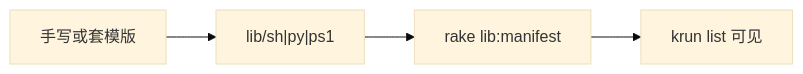
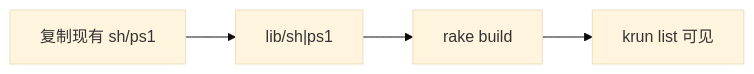
One commit to kevin197011/krun changed the fifth of 5 diagrams in README.md. Above: the diagram before and after it, drawn with Mermaid (base theme). The commit also changed other lines of this file and 107 other files, not shown here.

````diff
--- a/README.md
+++ b/README.md
@@ -98,6 +107,6 @@
 ```mermaid
 flowchart LR
-    A["手写或套模版"] --> B["lib/sh|py|ps1"]
-    B --> C["rake lib:manifest"]
+    A["复制现有 sh/ps1"] --> B["lib/sh|ps1"]
+    B --> C["rake build"]
     C --> D["krun list 可见"]
 ```
````
